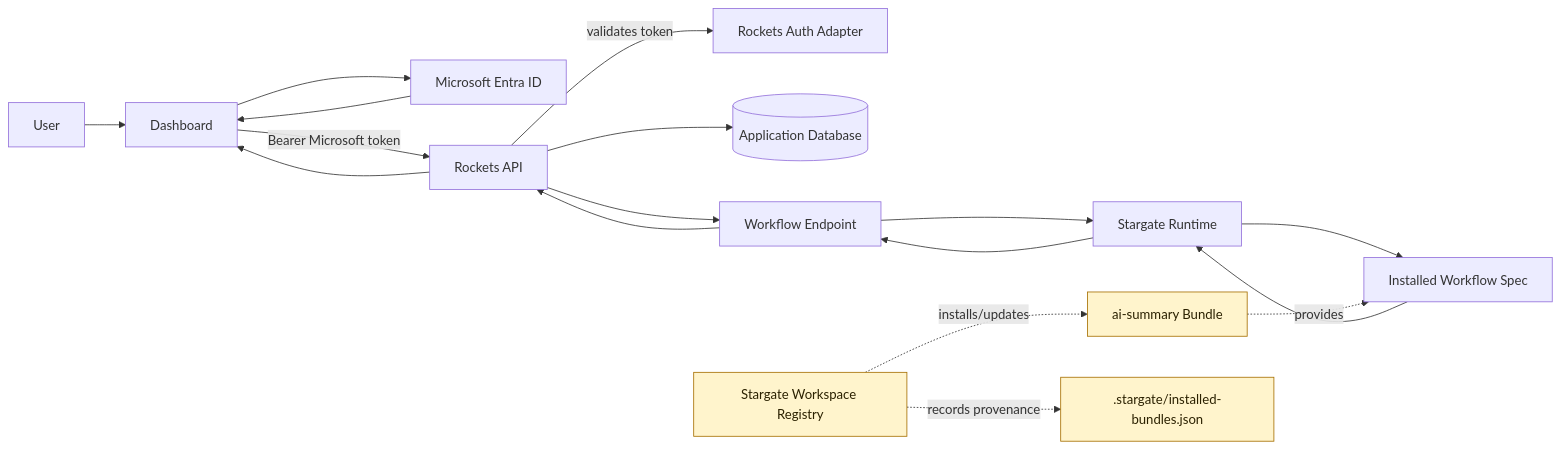
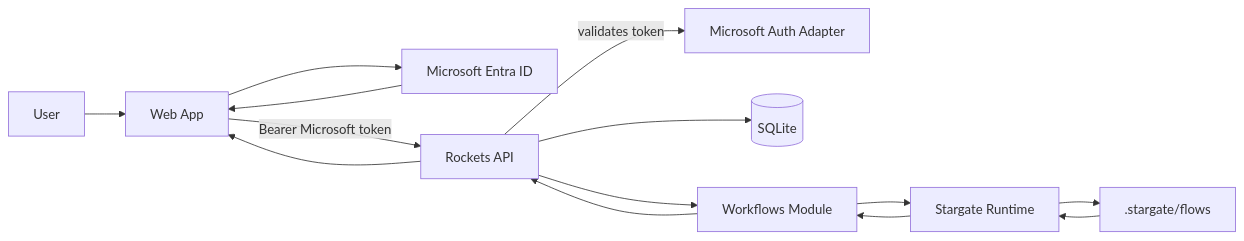
One commit to conceptadev/rockets-starter changed the diagram in README.md. Above: the diagram before and after it, drawn with Mermaid. The commit also changed other lines of this file and 54 other files, not shown here.

First line of the commit message:
chore: clean starter on @concepta/rockets with workflows only

````diff
--- a/README.md
+++ b/README.md
@@ -29,24 +33,17 @@
 ```mermaid
 flowchart LR
-  user[User] --> web[Dashboard]
+  user[User] --> web[Web App]
   web --> ms[Microsoft Entra ID]
   ms --> web
   web -->|Bearer Microsoft token| api[Rockets API]
 
-  api -->|validates token| auth[Rockets Auth Adapter]
-  api --> db[(Application Database)]
-  api --> wf[Workflow Endpoint]
+  api -->|validates token| auth[Microsoft Auth Adapter]
+  api --> db[(SQLite)]
+  api --> wf[Workflows Module]
   wf --> sg[Stargate Runtime]
-  sg --> flow[Installed Workflow Spec]
+  sg --> flow[.stargate/flows]
   flow --> sg
   sg --> wf
   wf --> api
   api --> web
-
-  registry[Stargate Workspace Registry] -. installs/updates .-> bundle[ai-summary Bundle]
-  bundle -. provides .-> flow
-  registry -. records provenance .-> installed[.stargate/installed-bundles.json]
-
-  classDef trust fill:#fff4cc,stroke:#a66f00,color:#2b2100;
-  class registry,bundle,installed trust;
 ```
````
